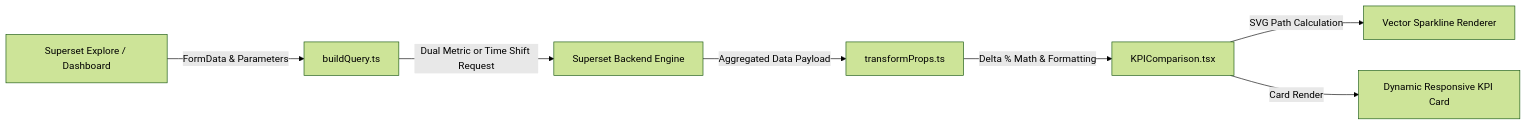
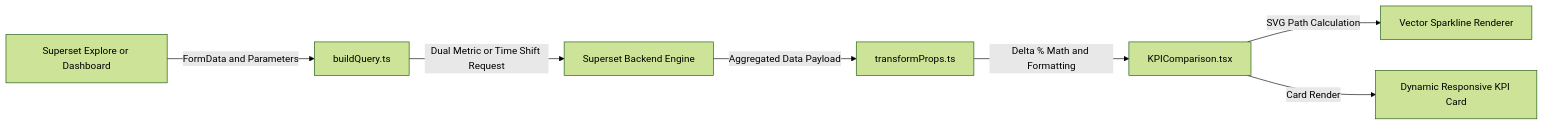
Before and after one commit to FrancescoCastaldi/superset-plugin-chart-kpi-comparison: the diagram in README.md, drawn with Mermaid (forest theme). The commit also changed other lines of this file and 8 other files, not shown here.

````diff
--- a/README.md
+++ b/README.md
@@ -60,9 +60,9 @@
 ```mermaid
 flowchart LR
-    A[Superset Explore / Dashboard] -->|FormData & Parameters| B[buildQuery.ts]
+    A[Superset Explore or Dashboard] -->|FormData and Parameters| B[buildQuery.ts]
     B -->|Dual Metric or Time Shift Request| C[Superset Backend Engine]
     C -->|Aggregated Data Payload| D[transformProps.ts]
-    D -->|Delta % Math & Formatting| E[KPIComparison.tsx]
+    D -->|Delta % Math and Formatting| E[KPIComparison.tsx]
     E -->|SVG Path Calculation| F[Vector Sparkline Renderer]
     E -->|Card Render| G[Dynamic Responsive KPI Card]
 ```
````
